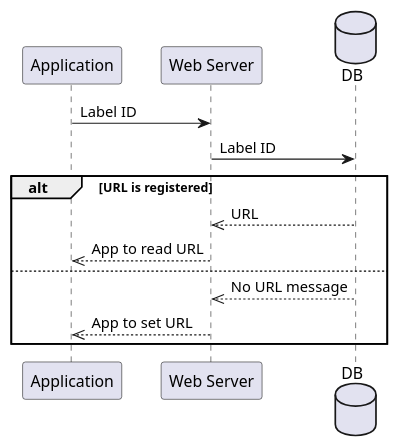
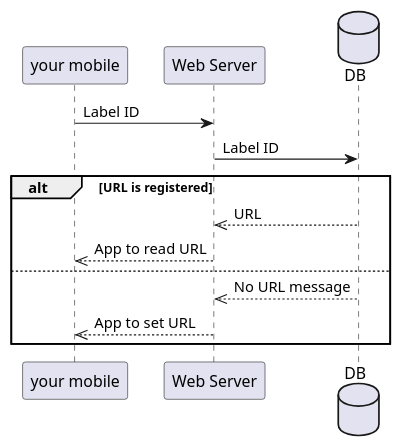
One commit to UedaTakeyuki/magiclabel-doc2 changed the second of 2 diagrams in content/en/docs/Concepts/_index.md. Above: the diagram before and after it, drawn with PlantUML. The commit also changed other lines of this file, not shown here.

````diff
--- a/content/en/docs/Concepts/_index.md
+++ b/content/en/docs/Concepts/_index.md
@@ -30,16 +32,16 @@
 ```plantuml
-participant "Application" as App
+participant "your mobile" as App
 participant "Web Server" as Web
 database DB as DB
 
 App -> Web : Label ID
 Web -> DB  : Label ID
 
 alt URL is registered
   DB -->> Web : URL
   Web -->> App : App to read URL
 else 
   DB -->> Web : No URL message
   Web -->> App : App to set URL
 end
 ```
````
